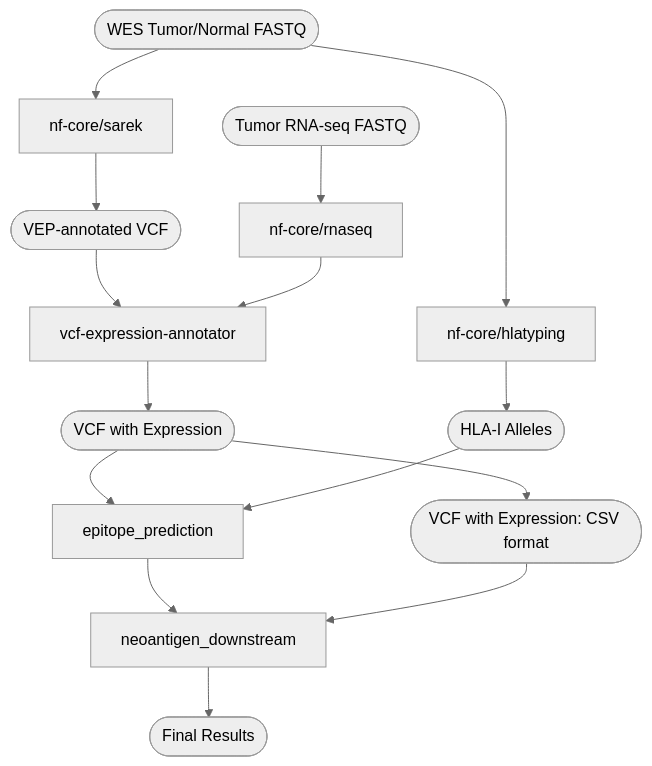
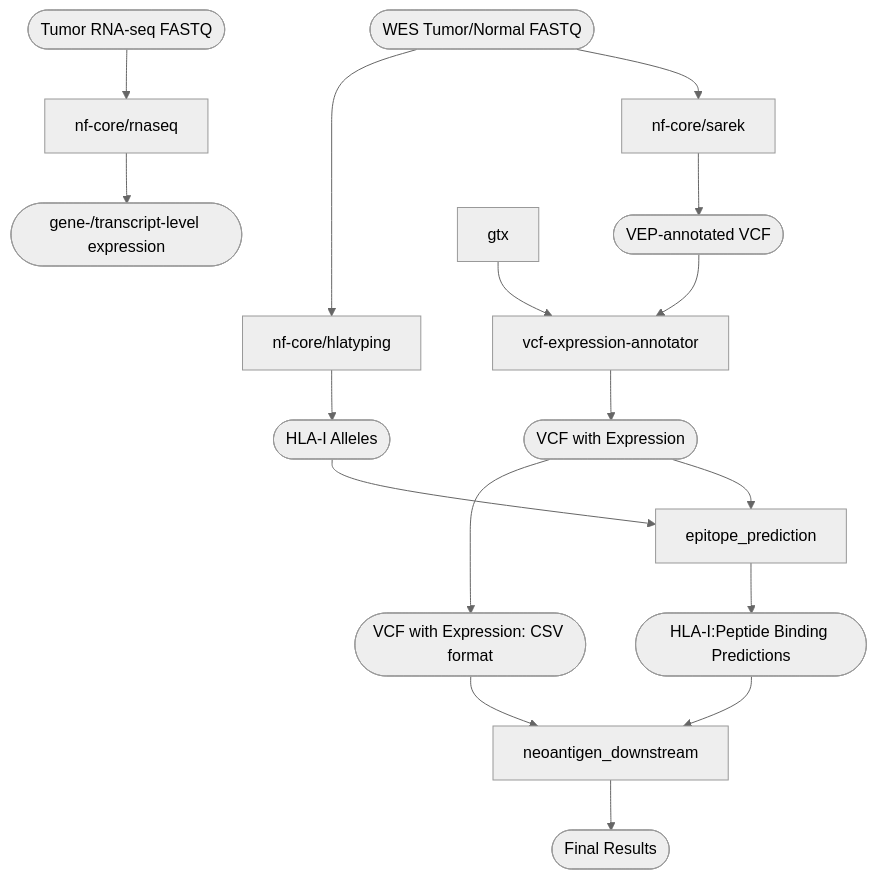
One commit to tylergross97/neoantigen_prediction_workflow changed the diagram in README.md. Above: the diagram before and after it, drawn with Mermaid (neutral theme).

Commit message:
Updated workflow

````diff
--- a/README.md
+++ b/README.md
@@ -27,17 +27,19 @@
 ```mermaid
 flowchart TD
     wes_fastq([WES Tumor/Normal FASTQ]) --> sarek[nf-core/sarek]
     sarek --> vep_vcf([VEP-annotated VCF])
     rnaseq_fastq([Tumor RNA-seq FASTQ]) --> rnaseq[nf-core/rnaseq]
     vep_vcf --> expr_annotator[vcf-expression-annotator]
-    rnaseq --> expr_annotator
+    rnaseq --> g_t_x([gene-/transcript-level expression])
+    gtx --> expr_annotator
     expr_annotator --> expr_vcf([VCF with Expression])
     wes_fastq --> hlatyping[nf-core/hlatyping]
     hlatyping --> hla_alleles([HLA-I Alleles])
     expr_vcf --> epipred[epitope_prediction]
     expr_vcf --> expr_vcf_csv([VCF with Expression: CSV format])
     hla_alleles --> epipred
-    epipred --> downstream[neoantigen_downstream]
+    epipred --> hla_pep([HLA-I:Peptide Binding Predictions])
+    hla_pep --> downstream[neoantigen_downstream]
     expr_vcf_csv --> downstream
     downstream --> final([Final Results])
 ```
````
